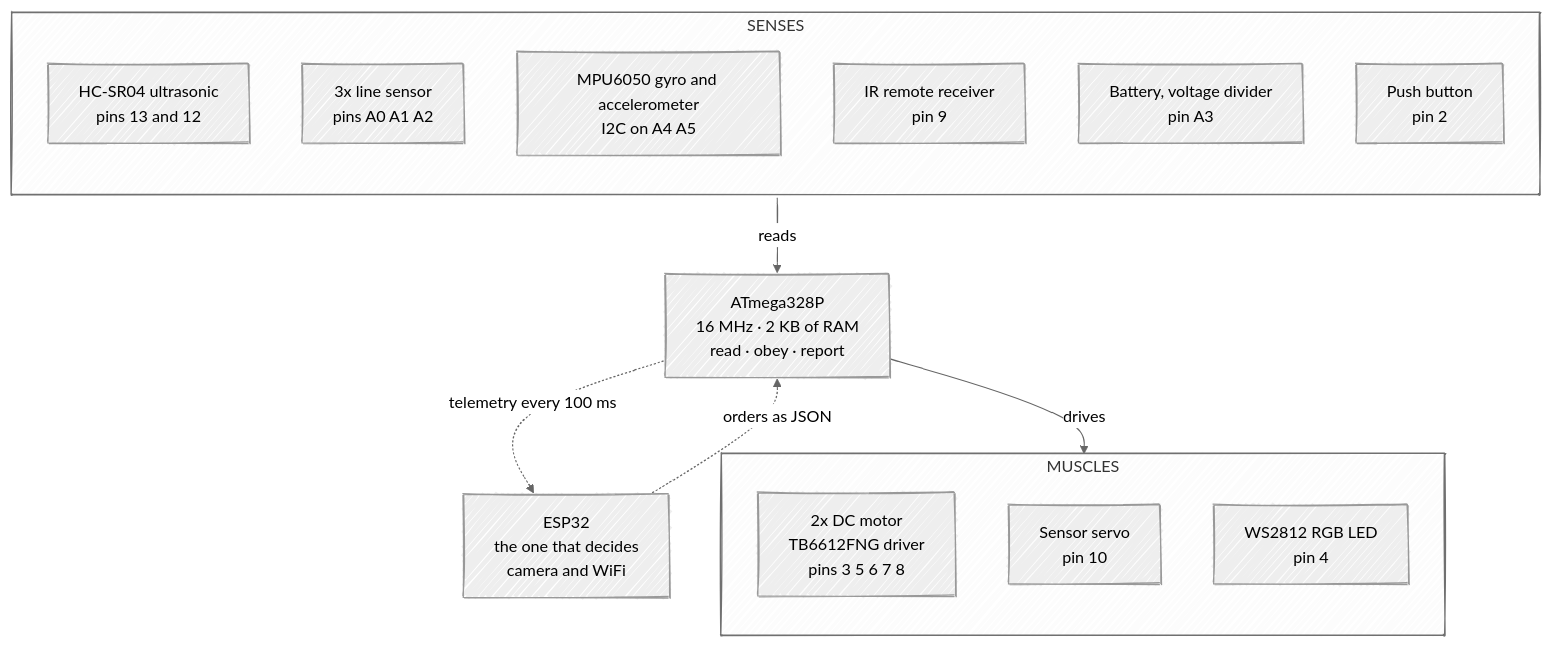
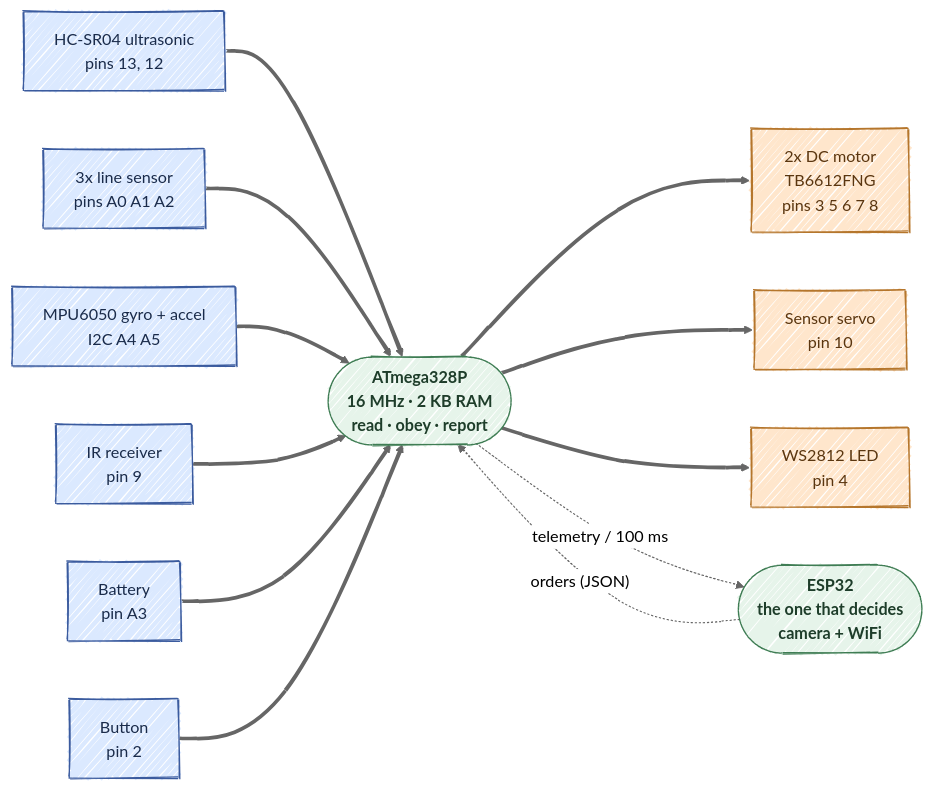
Before and after one commit to Adc-alt/elegoo-smartcar-firmware-atmega328p: the first of 2 diagrams in README.md, drawn with Mermaid. The commit also changed other lines of this file and 1 other file, not shown here.

Commit message:
docs: add hand-drawn car layout SVG, fix the wiring diagram
- docs/img/car-layout.svg: top-down excalidraw-style view of the
  chassis with every component and its pins in physical position
- rewrite the mermaid wiring graph: drop the subgraphs that forced a
  squished wide layout, group by colour (sensors/muscles/mcu) instead,
  LR flow with sensors -> ATmega -> muscles and the ESP32 aside

````diff
--- a/README.md
+++ b/README.md
@@ -103,33 +109,34 @@
 ```mermaid
 ---
 config:
   look: handDrawn
   theme: neutral
+  flowchart:
+    nodeSpacing: 55
+    rankSpacing: 90
 ---
-flowchart TB
-    ESP["ESP32<br/>the one that decides<br/>camera and WiFi"]
+flowchart LR
+    HC["HC-SR04 ultrasonic<br/>pins 13, 12"]:::sense
+    LINE["3x line sensor<br/>pins A0 A1 A2"]:::sense
+    MPU["MPU6050 gyro + accel<br/>I2C A4 A5"]:::sense
+    IR["IR receiver<br/>pin 9"]:::sense
+    BAT["Battery<br/>pin A3"]:::sense
+    SW["Button<br/>pin 2"]:::sense
 
-    subgraph SENSORS["SENSES"]
-        direction TB
-        HC["HC-SR04 ultrasonic<br/>pins 13 and 12"]
-        LINE["3x line sensor<br/>pins A0 A1 A2"]
-        MPU["MPU6050 gyro and accelerometer<br/>I2C on A4 A5"]
-        IR["IR remote receiver<br/>pin 9"]
-        BAT["Battery, voltage divider<br/>pin A3"]
-        SW["Push button<br/>pin 2"]
-    end
+    ATMEGA(["<b>ATmega328P</b><br/>16 MHz · 2 KB RAM<br/>read · obey · report"]):::mcu
 
-    ATMEGA["ATmega328P<br/>16 MHz · 2 KB of RAM<br/>read · obey · report"]
+    MOT["2x DC motor<br/>TB6612FNG<br/>pins 3 5 6 7 8"]:::muscle
+    SERVO["Sensor servo<br/>pin 10"]:::muscle
+    LED["WS2812 LED<br/>pin 4"]:::muscle
 
-    subgraph MUSCLES["MUSCLES"]
-        direction TB
-        MOT["2x DC motor<br/>TB6612FNG driver<br/>pins 3 5 6 7 8"]
-        SERVO["Sensor servo<br/>pin 10"]
-        LED["WS2812 RGB LED<br/>pin 4"]
-    end
+    ESP(["<b>ESP32</b><br/>the one that decides<br/>camera + WiFi"]):::mcu
 
-    ESP -.->|"orders as JSON"| ATMEGA
-    ATMEGA -.->|"telemetry every 100 ms"| ESP
-    SENSORS -->|"reads"| ATMEGA
-    ATMEGA -->|"drives"| MUSCLES
+    HC & LINE & MPU & IR & BAT & SW ==> ATMEGA
+    ATMEGA ==> MOT & SERVO & LED
+    ESP -. "orders (JSON)" .-> ATMEGA
+    ATMEGA -. "telemetry / 100 ms" .-> ESP
+
+    classDef sense  fill:#dbe9ff,stroke:#3b5b9e,color:#1a2b4a
+    classDef muscle fill:#ffe6cc,stroke:#b5762c,color:#5a3610
+    classDef mcu    fill:#e6f4ea,stroke:#3f7d54,color:#1e3d2a,font-weight:bold
 ```
````
